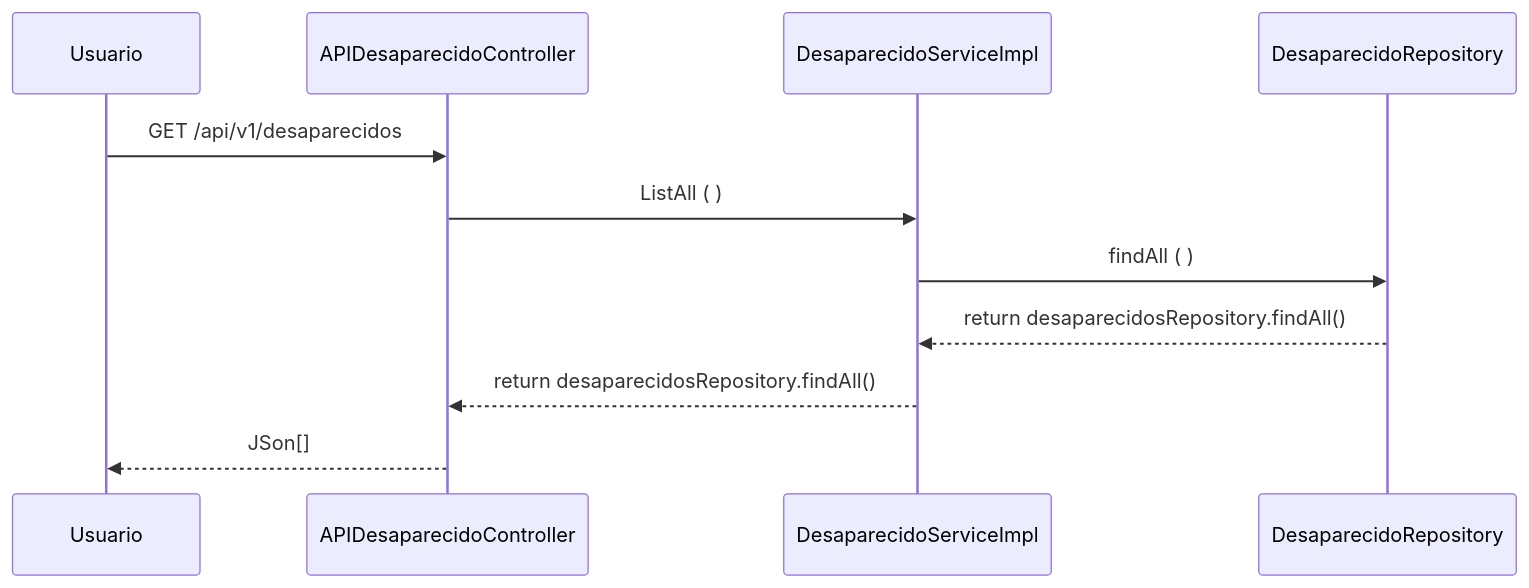
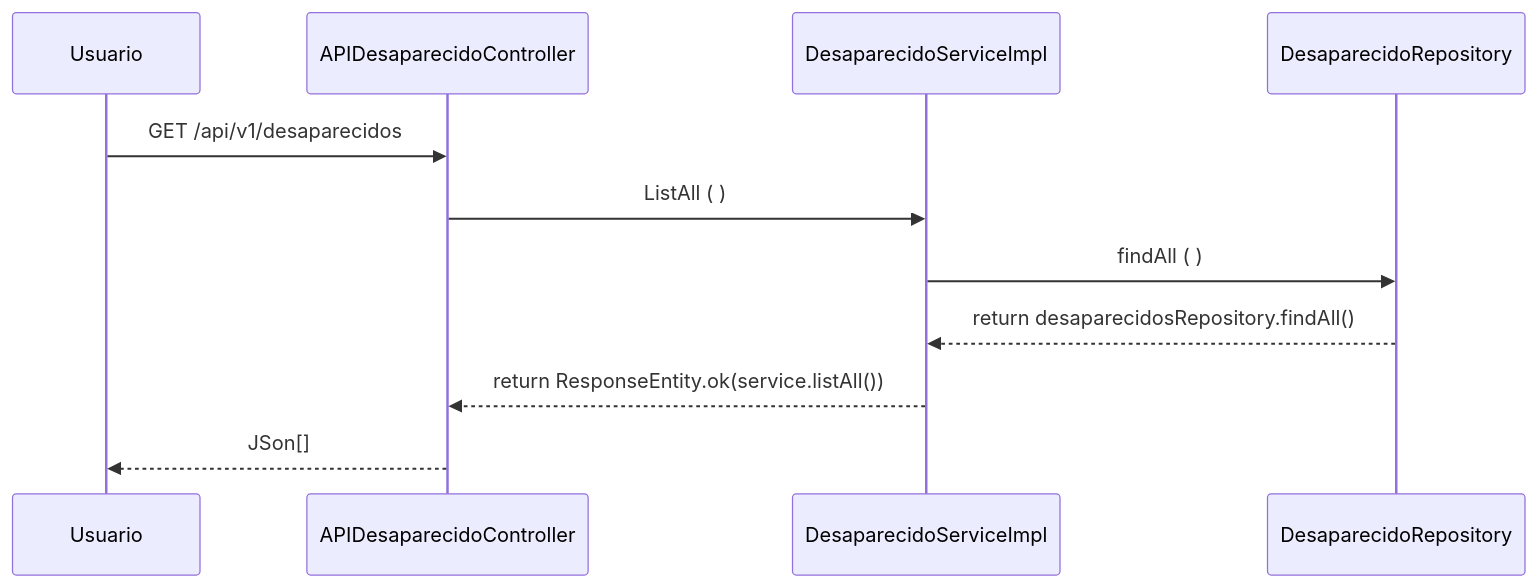
Before and after one commit to PACFWL/RADAR-API: the second of 2 diagrams in README.md, drawn with Mermaid.

````diff
--- a/README.md
+++ b/README.md
@@ -109,9 +109,9 @@
 ```mermaid 
 sequenceDiagram 
 Usuario ->> APIDesaparecidoController: GET /api/v1/desaparecidos 
 APIDesaparecidoController ->> DesaparecidoServiceImpl: ListAll ( ) 
 DesaparecidoServiceImpl ->> DesaparecidoRepository: findAll ( ) 
 DesaparecidoRepository -->> DesaparecidoServiceImpl: return desaparecidosRepository.findAll()
-DesaparecidoServiceImpl-->> APIDesaparecidoController: return desaparecidosRepository.findAll() 
+DesaparecidoServiceImpl-->> APIDesaparecidoController: return ResponseEntity.ok(service.listAll())
 APIDesaparecidoController -->> Usuario: JSon[] 
 ``` 
````
